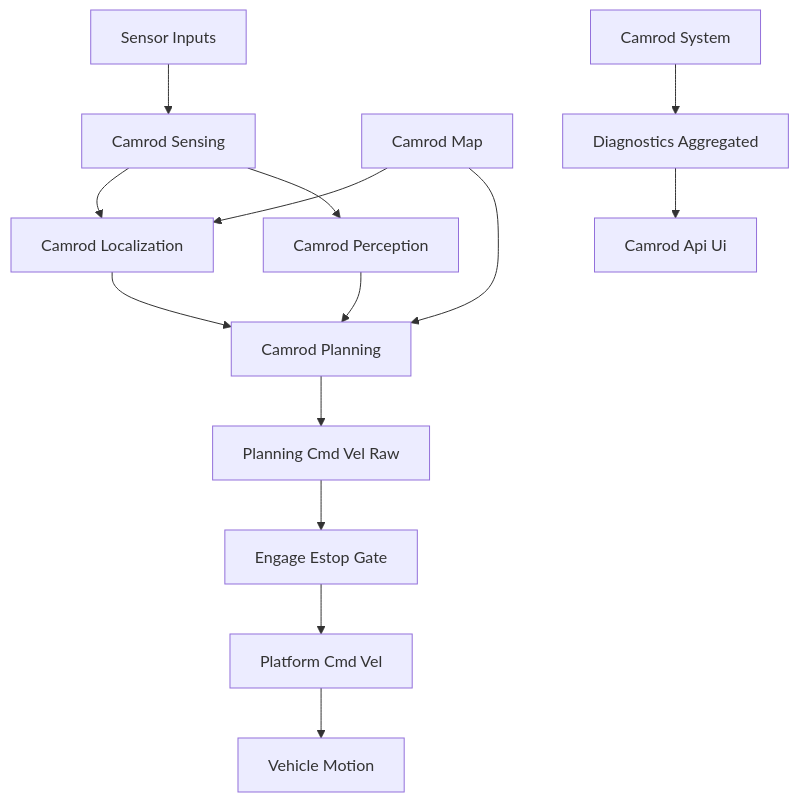
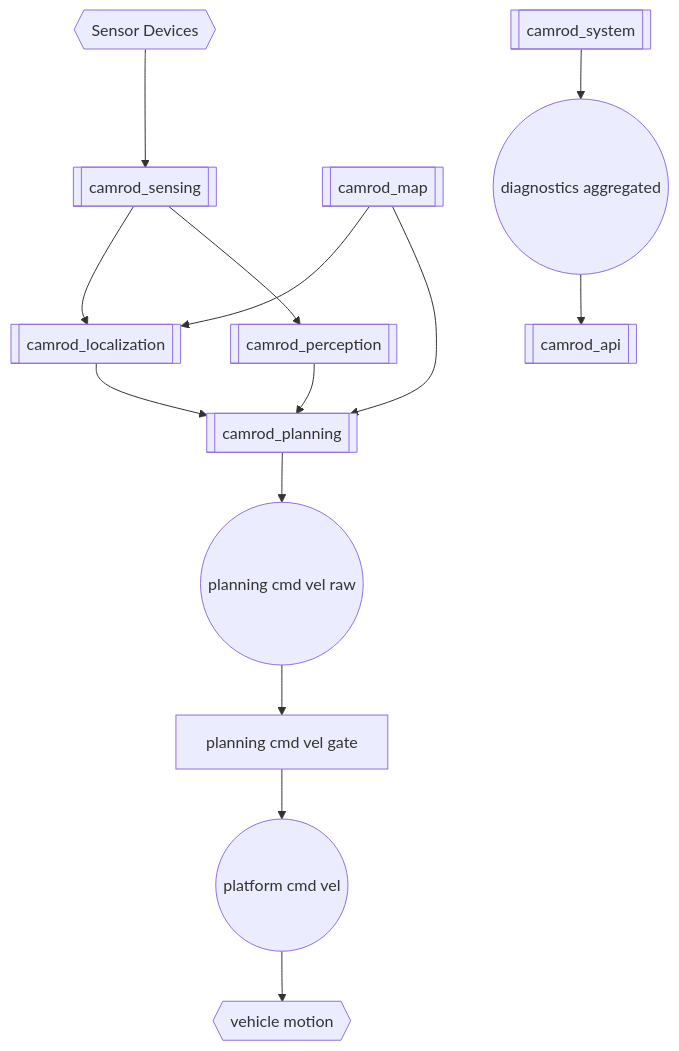
One commit to hwanhonglee/CAMROD changed the second of 2 diagrams in README.md. Above: the diagram before and after it, drawn with Mermaid. The commit also changed other lines of this file and 13 other files, not shown here.

Commit message:
docs(readme): clarify diagram semantics and avg_msgs interface-only role

````diff
--- a/README.md
+++ b/README.md
@@ -48,16 +50,16 @@
 ```mermaid
 graph TD
-  SRC[Sensor Inputs] --> SEN[Camrod Sensing]
-  SEN --> LOC[Camrod Localization]
-  SEN --> PER[Camrod Perception]
-  MAP[Camrod Map] --> LOC
-  MAP --> PLN[Camrod Planning]
+  SRC{{Sensor Devices}} --> SEN[[camrod_sensing]]
+  SEN --> LOC[[camrod_localization]]
+  SEN --> PER[[camrod_perception]]
+  MAP[[camrod_map]] --> LOC
+  MAP --> PLN[[camrod_planning]]
   LOC --> PLN
   PER --> PLN
-  PLN --> RAW[Planning Cmd Vel Raw]
-  RAW --> GATE[Engage Estop Gate]
-  GATE --> CMD[Platform Cmd Vel]
-  CMD --> VEH[Vehicle Motion]
-  SYS[Camrod System] --> AGG[Diagnostics Aggregated]
-  AGG --> API[Camrod Api Ui]
+  PLN --> RAW((planning cmd vel raw))
+  RAW --> GATE[planning cmd vel gate]
+  GATE --> CMD((platform cmd vel))
+  CMD --> VEH{{vehicle motion}}
+  SYS[[camrod_system]] --> AGG((diagnostics aggregated))
+  AGG --> API[[camrod_api]]
 ```
````
